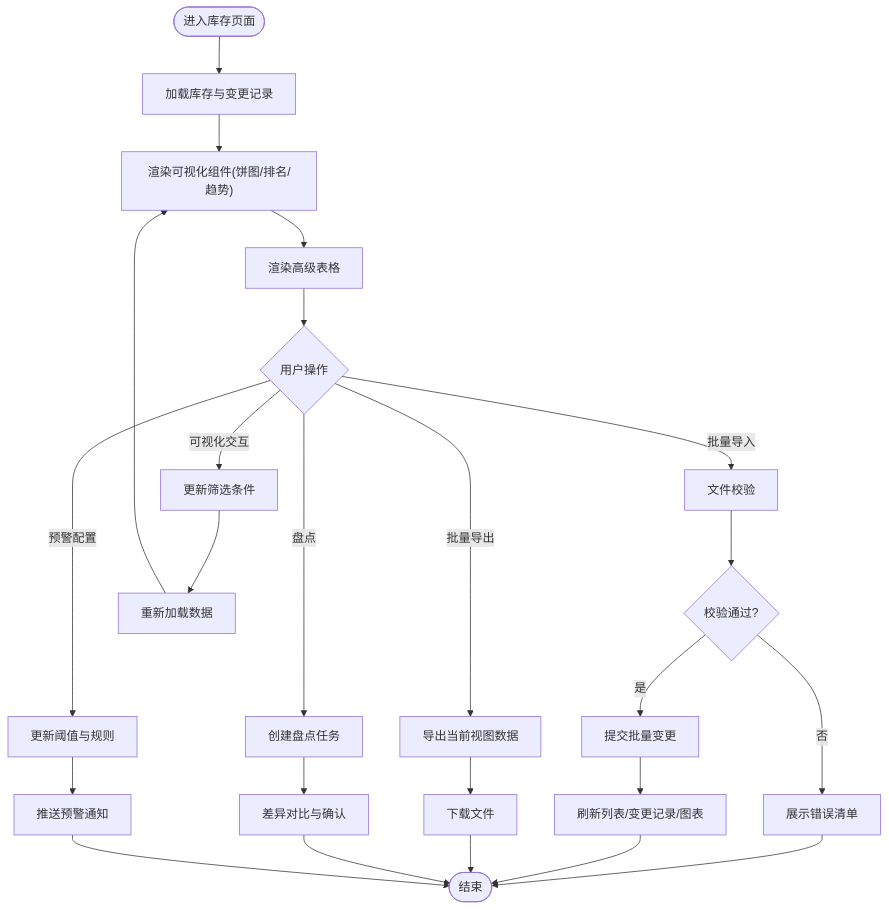
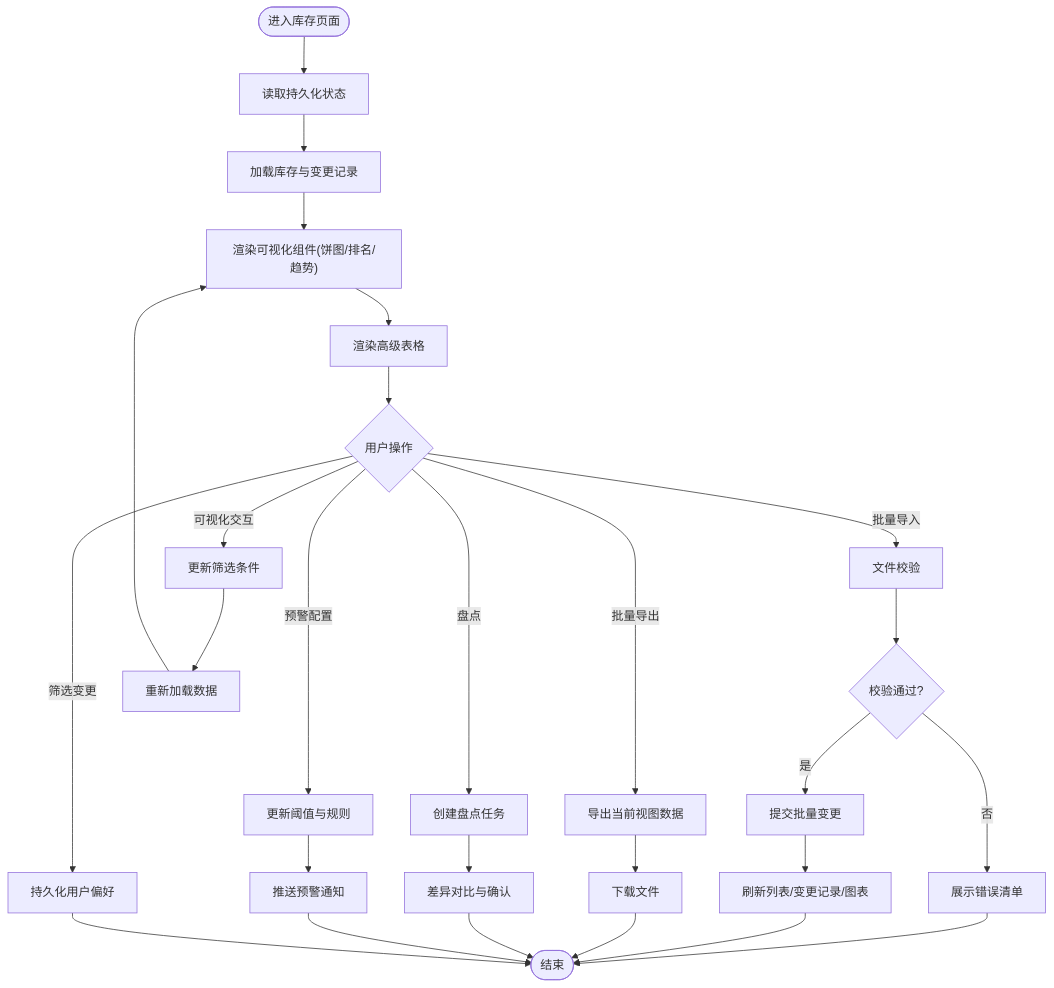
The third of 11 diagrams in .qoder/repowiki/zh/content/页面组件/库存管理页面.md (Damao997/newproject), drawn with Mermaid before and after one commit. The commit also changed other lines of this file and 22 other files, not shown here.

````diff
--- a/.qoder/repowiki/zh/content/页面组件/库存管理页面.md
+++ b/.qoder/repowiki/zh/content/页面组件/库存管理页面.md
@@ -194,26 +188,29 @@
 ```mermaid
 flowchart TD
-Start(["进入库存页面"]) --> LoadData["加载库存与变更记录"]
+Start(["进入库存页面"]) --> LoadPersisted["读取持久化状态"]
+LoadPersisted --> LoadData["加载库存与变更记录"]
 LoadData --> RenderCharts["渲染可视化组件(饼图/排名/趋势)"]
 RenderCharts --> RenderTable["渲染高级表格"]
 RenderTable --> UserAction{"用户操作"}
 UserAction --> |可视化交互| UpdateFilters["更新筛选条件"]
 UserAction --> |批量导入| ValidateFile["文件校验"]
 ValidateFile --> ImportOK{"校验通过?"}
 ImportOK --> |否| ShowErrors["展示错误清单"]
 ImportOK --> |是| SubmitBatch["提交批量变更"]
 UserAction --> |批量导出| ExportData["导出当前视图数据"]
 UserAction --> |盘点| CreateTask["创建盘点任务"]
 UserAction --> |预警配置| UpdateRules["更新阈值与规则"]
+UserAction --> |筛选变更| PersistState["持久化用户偏好"]
 SubmitBatch --> Refresh["刷新列表/变更记录/图表"]
 ExportData --> Download["下载文件"]
 CreateTask --> CompareDiff["差异对比与确认"]
 UpdateRules --> Notify["推送预警通知"]
 UpdateFilters --> ReloadData["重新加载数据"]
 ShowErrors --> End(["结束"])
 Refresh --> End
 Download --> End
 CompareDiff --> End
 Notify --> End
 ReloadData --> RenderCharts
+PersistState --> End
 ```
````
